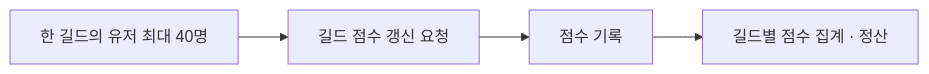
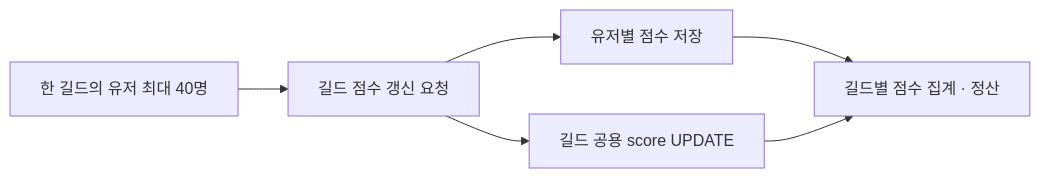
One commit to wlsqc123/promo-lab changed the first of 4 diagrams in docs/schema-decisions.md. Above: the diagram before and after it, drawn with Mermaid. The commit also changed other lines of this file, not shown here.

Commit message:
유저별 점수 저장과 길드 공용 점수 갱신을 문서에 반영하라

````diff
--- a/docs/schema-decisions.md
+++ b/docs/schema-decisions.md
@@ -7,6 +7,8 @@
 ```mermaid
 flowchart LR
     A[한 길드의 유저 최대 40명] --> B[길드 점수 갱신 요청]
-    B --> C[점수 기록]
-    C --> D[길드별 점수 집계 · 정산]
+    B --> C[유저별 점수 저장]
+    B --> D[길드 공용 score UPDATE]
+    C --> E[길드별 점수 집계 · 정산]
+    D --> E
 ```
````
